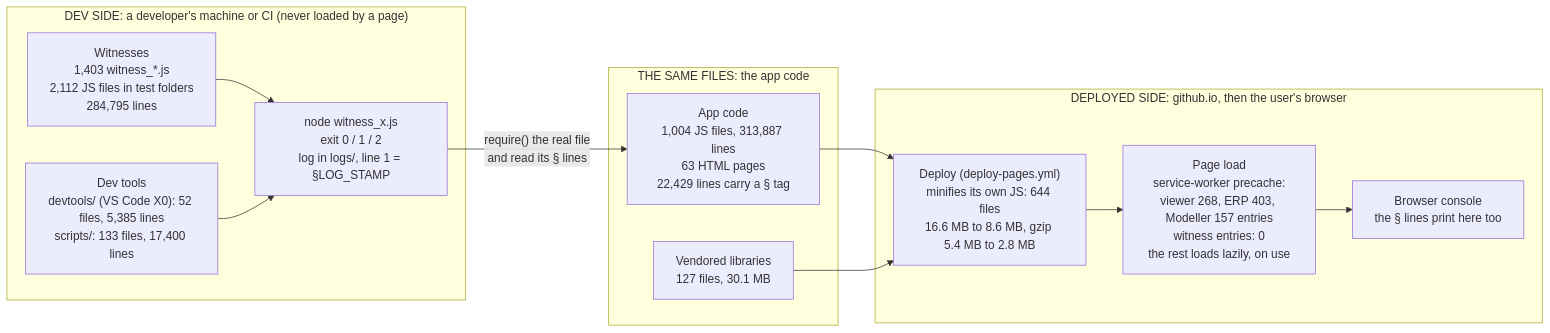
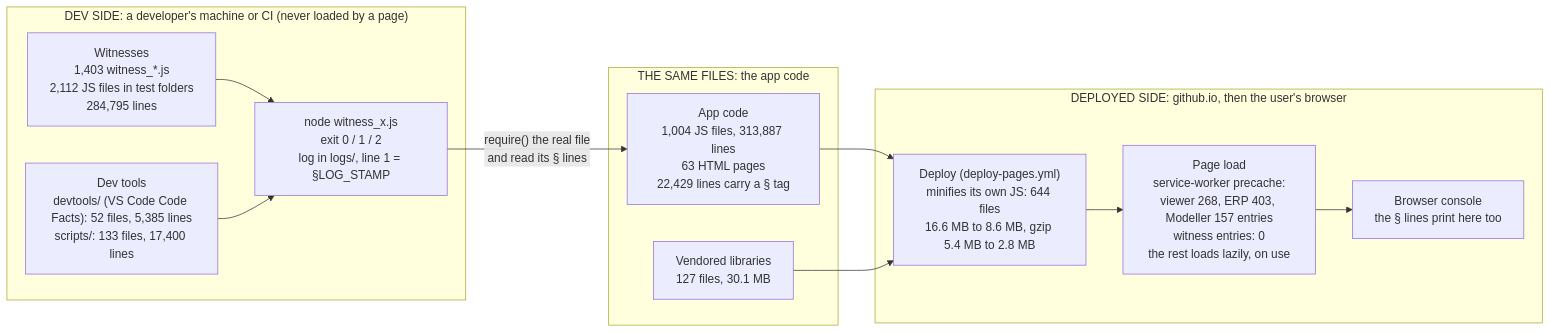
The first of 2 diagrams in docs/DeveloperGuide.md (red1oon/BIMCompiler), drawn with Mermaid before and after one commit. The commit also changed other lines of this file and 2 other files, not shown here.

First line of the commit message:
docs+prompts: Code Facts rename (Developer Guide §3/§4.1, resume block, §F.40 RESULT)

````diff
--- a/docs/DeveloperGuide.md
+++ b/docs/DeveloperGuide.md
@@ -70,23 +70,23 @@
 ```mermaid
 flowchart LR
   subgraph DEV["DEV SIDE: a developer's machine or CI (never loaded by a page)"]
     W["Witnesses<br/>1,403 witness_*.js<br/>2,112 JS files in test folders<br/>284,795 lines"]
-    T["Dev tools<br/>devtools/ (VS Code X0): 52 files, 5,385 lines<br/>scripts/: 133 files, 17,400 lines"]
+    T["Dev tools<br/>devtools/ (VS Code Code Facts): 52 files, 5,385 lines<br/>scripts/: 133 files, 17,400 lines"]
     N["node witness_x.js<br/>exit 0 / 1 / 2<br/>log in logs/, line 1 = §LOG_STAMP"]
     W --> N
     T --> N
   end
   subgraph APP["THE SAME FILES: the app code"]
     C["App code<br/>1,004 JS files, 313,887 lines<br/>63 HTML pages<br/>22,429 lines carry a § tag"]
     V["Vendored libraries<br/>127 files, 30.1 MB"]
   end
   subgraph LIVE["DEPLOYED SIDE: github.io, then the user's browser"]
     D["Deploy (deploy-pages.yml)<br/>minifies its own JS: 644 files<br/>16.6 MB to 8.6 MB, gzip 5.4 MB to 2.8 MB"]
     P["Page load<br/>service-worker precache:<br/>viewer 268, ERP 403, Modeller 157 entries<br/>witness entries: 0<br/>the rest loads lazily, on use"]
     K["Browser console<br/>the § lines print here too"]
     D --> P --> K
   end
   N -- "require() the real file<br/>and read its § lines" --> C
   C --> D
   V --> D
 ```
````
